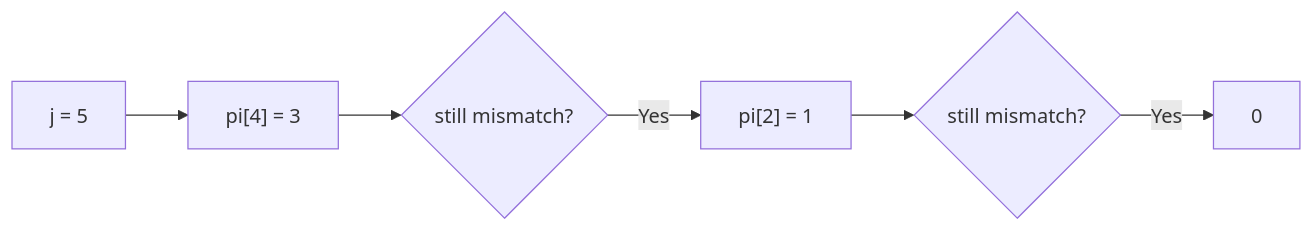
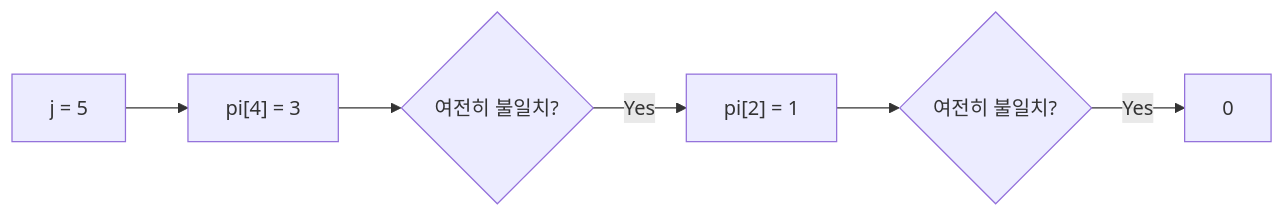
One commit to mandoobox/mandoobox.github.io changed the second of 2 diagrams in _posts/algorithm/2026-03-07-kmp.md. Above: the diagram before and after it, drawn with Mermaid. The commit also changed other lines of this file and 24 other files, not shown here.

Commit message:
feat: mermaid kr

````diff
--- a/_posts/algorithm/2026-03-07-kmp.md
+++ b/_posts/algorithm/2026-03-07-kmp.md
@@ -279,8 +279,8 @@
 ```mermaid
 flowchart LR
     A["j = 5"] --> B["pi[4] = 3"]
-    B --> C{"still mismatch?"}
+    B --> C{"여전히 불일치?"}
     C -->|Yes| D["pi[2] = 1"]
-    D --> E{"still mismatch?"}
+    D --> E{"여전히 불일치?"}
     E -->|Yes| F["0"]
 ```
````
